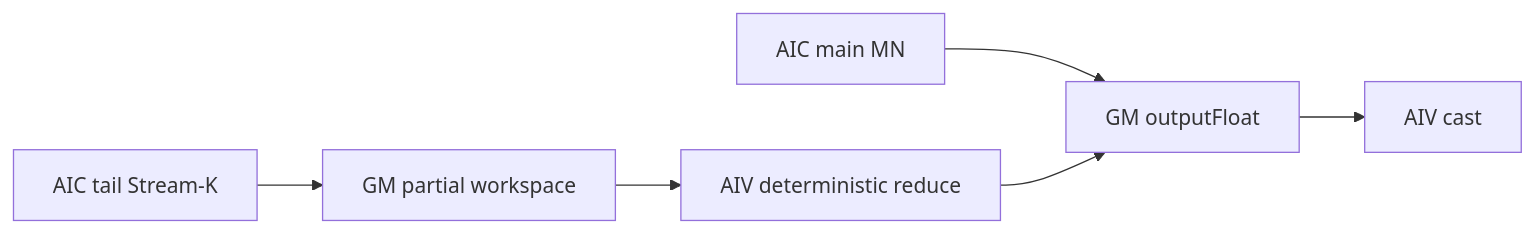
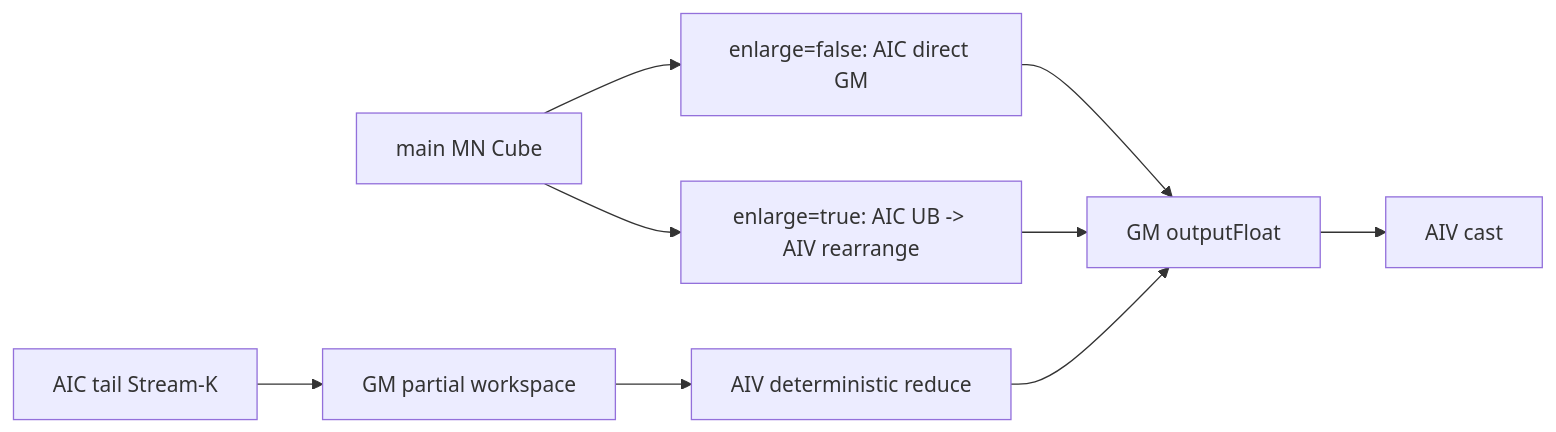
One commit to Atlas-Ascend-Fork/cannbot-knowledge changed the third of 5 diagrams in knowledge/ops/ascendc/operators/direct/nn/conv/conv_3d_backprop_filter_950.md. Above: the diagram before and after it, drawn with Mermaid. The commit also changed other lines of this file and 54 other files, not shown here.

````diff
--- a/knowledge/ops/ascendc/operators/direct/nn/conv/conv_3d_backprop_filter_950.md
+++ b/knowledge/ops/ascendc/operators/direct/nn/conv/conv_3d_backprop_filter_950.md
@@ -605,6 +640,7 @@
 ```mermaid
 flowchart LR
-  C["AIC main MN"] --> O["GM outputFloat"]
+  C["main MN Cube"] --> D["enlarge=false: AIC direct GM"] --> O["GM outputFloat"]
+  C --> U["enlarge=true: AIC UB -> AIV rearrange"] --> O
   T["AIC tail Stream-K"] --> W["GM partial workspace"] --> V["AIV deterministic reduce"] --> O
   O --> X["AIV cast"]
 ```
````
